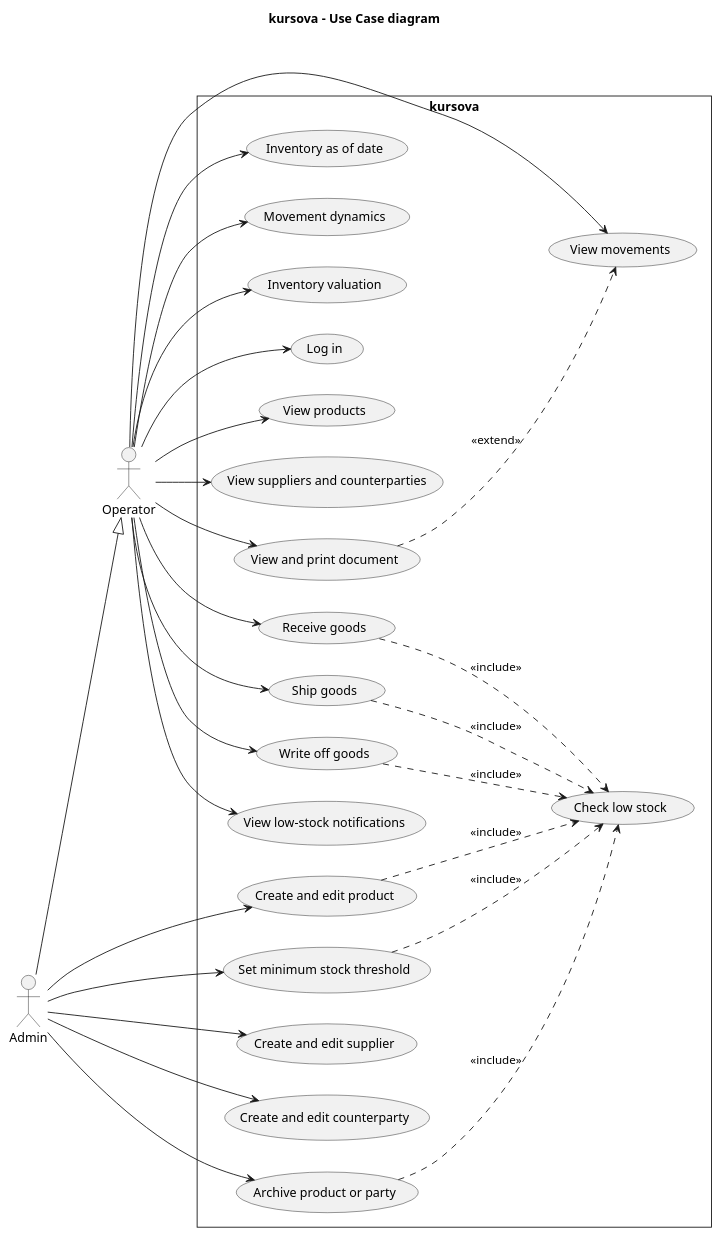
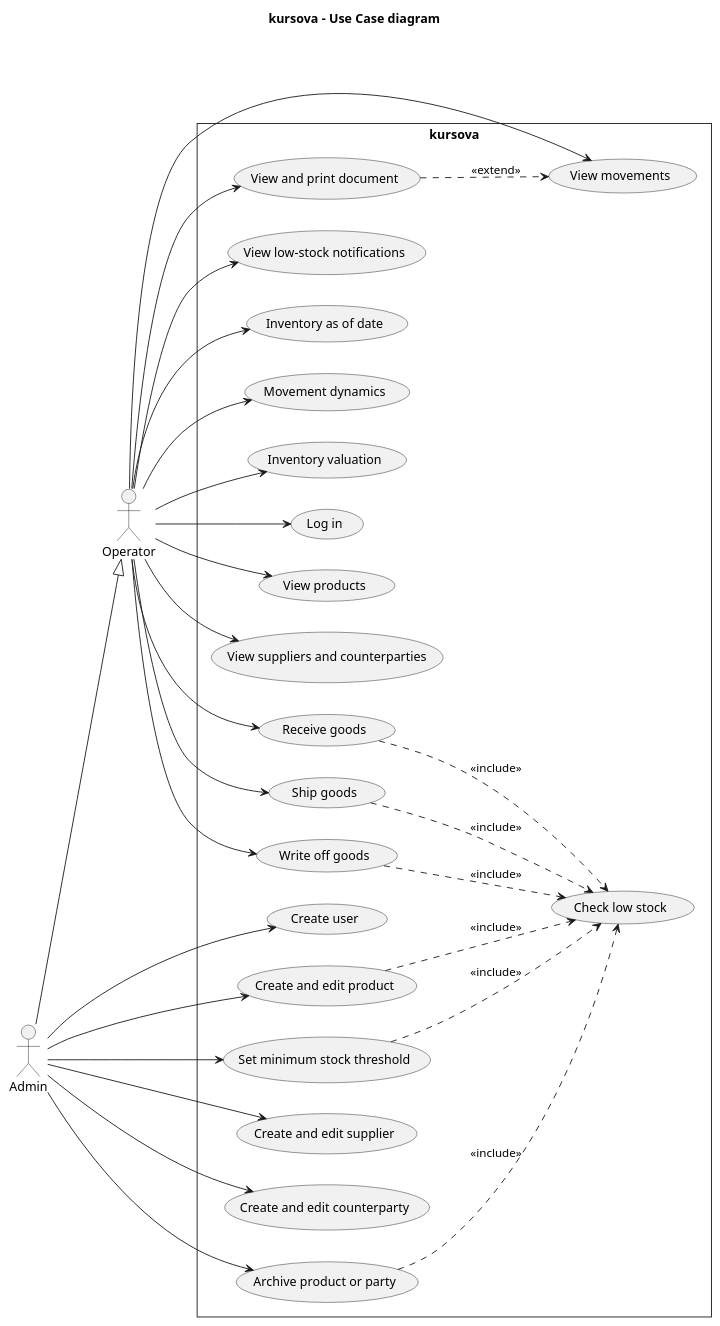
One commit to iboiko-ir/kursova-var2 changed the diagram in docs/diagrams/use-case.puml. Above: the diagram before and after it, drawn with PlantUML. The commit also changed 3 other files, not shown here.

Commit message:
docs: add user creation to the diagrams

```diff
--- a/docs/diagrams/use-case.puml
+++ b/docs/diagrams/use-case.puml
@@ -1,67 +1,69 @@
 @startuml use-case
 title kursova - Use Case diagram
 left to right direction
 skinparam shadowing false
 skinparam monochrome true
 skinparam packageStyle rectangle
 skinparam roundCorner 0
 
 actor Operator
 actor Admin
 
 Admin --|> Operator
 
 rectangle "kursova" {
   usecase "Log in" as UC_Login
 
   usecase "View products" as UC_ViewProducts
   usecase "View suppliers and counterparties" as UC_ViewParties
 
   usecase "Receive goods" as UC_Receive
   usecase "Ship goods" as UC_Ship
   usecase "Write off goods" as UC_WriteOff
   usecase "View movements" as UC_ViewMovements
   usecase "View and print document" as UC_Print
 
   usecase "View low-stock notifications" as UC_Notifications
 
   usecase "Inventory as of date" as UC_ReportAsOf
   usecase "Movement dynamics" as UC_ReportDynamics
   usecase "Inventory valuation" as UC_ReportValuation
 
+  usecase "Create user" as UC_CreateUser
   usecase "Create and edit product" as UC_ManageProduct
   usecase "Set minimum stock threshold" as UC_Threshold
   usecase "Create and edit supplier" as UC_ManageSupplier
   usecase "Create and edit counterparty" as UC_ManageCounterparty
   usecase "Archive product or party" as UC_Archive
 
   usecase "Check low stock" as UC_CheckLowStock
 }
 
 Operator --> UC_Login
 Operator --> UC_ViewProducts
 Operator --> UC_ViewParties
 Operator --> UC_Receive
 Operator --> UC_Ship
 Operator --> UC_WriteOff
 Operator --> UC_ViewMovements
 Operator --> UC_Print
 Operator --> UC_Notifications
 Operator --> UC_ReportAsOf
 Operator --> UC_ReportDynamics
 Operator --> UC_ReportValuation
 
+Admin --> UC_CreateUser
 Admin --> UC_ManageProduct
 Admin --> UC_Threshold
 Admin --> UC_ManageSupplier
 Admin --> UC_ManageCounterparty
 Admin --> UC_Archive
 
 UC_Receive ..> UC_CheckLowStock : <<include>>
 UC_Ship ..> UC_CheckLowStock : <<include>>
 UC_WriteOff ..> UC_CheckLowStock : <<include>>
 UC_Threshold ..> UC_CheckLowStock : <<include>>
 UC_ManageProduct ..> UC_CheckLowStock : <<include>>
 UC_Archive ..> UC_CheckLowStock : <<include>>
 UC_Print ..> UC_ViewMovements : <<extend>>
 @enduml
```
